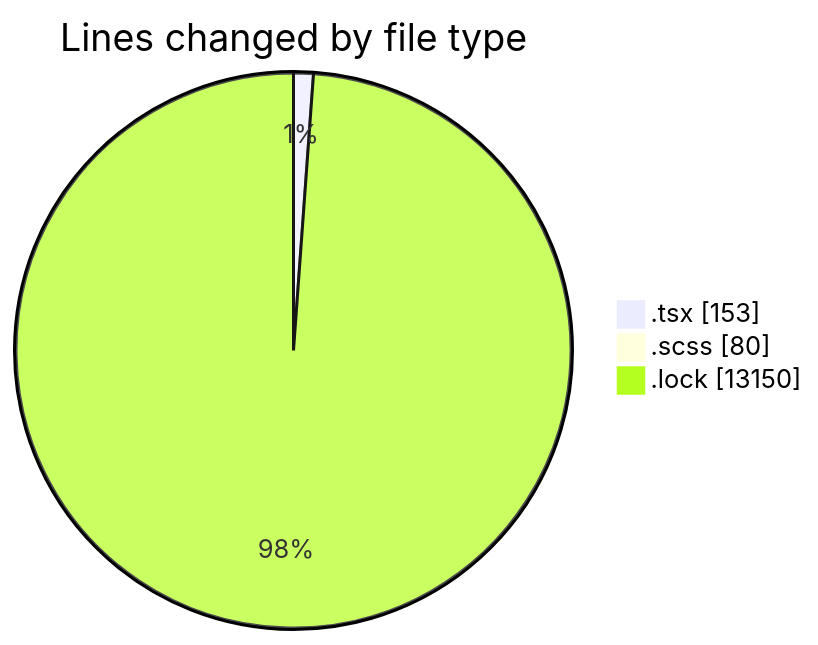
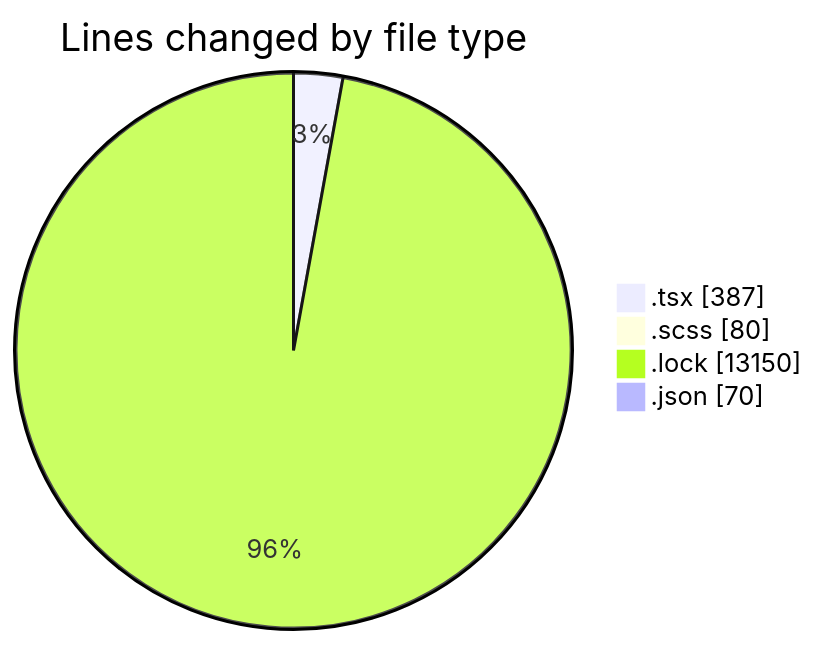
Before and after one commit to momahboobian/code-tracking: the first of 2 diagrams in 2025-05-06/cda/README.md, drawn with Mermaid. The commit also changed other lines of this file and 1 other file, not shown here.

````diff
--- a/2025-05-06/cda/README.md
+++ b/2025-05-06/cda/README.md
@@ -23,7 +25,8 @@
 ```mermaid
 pie showData
 title Lines changed by file type
-".tsx" : 153
+".tsx" : 387
 ".scss" : 80
 ".lock" : 13150
+".json" : 70
 ```
````
